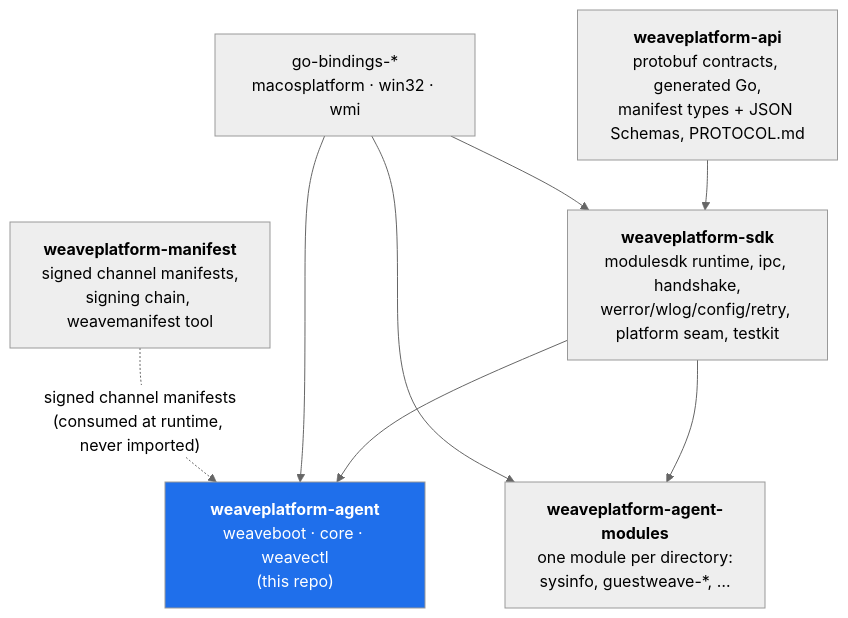
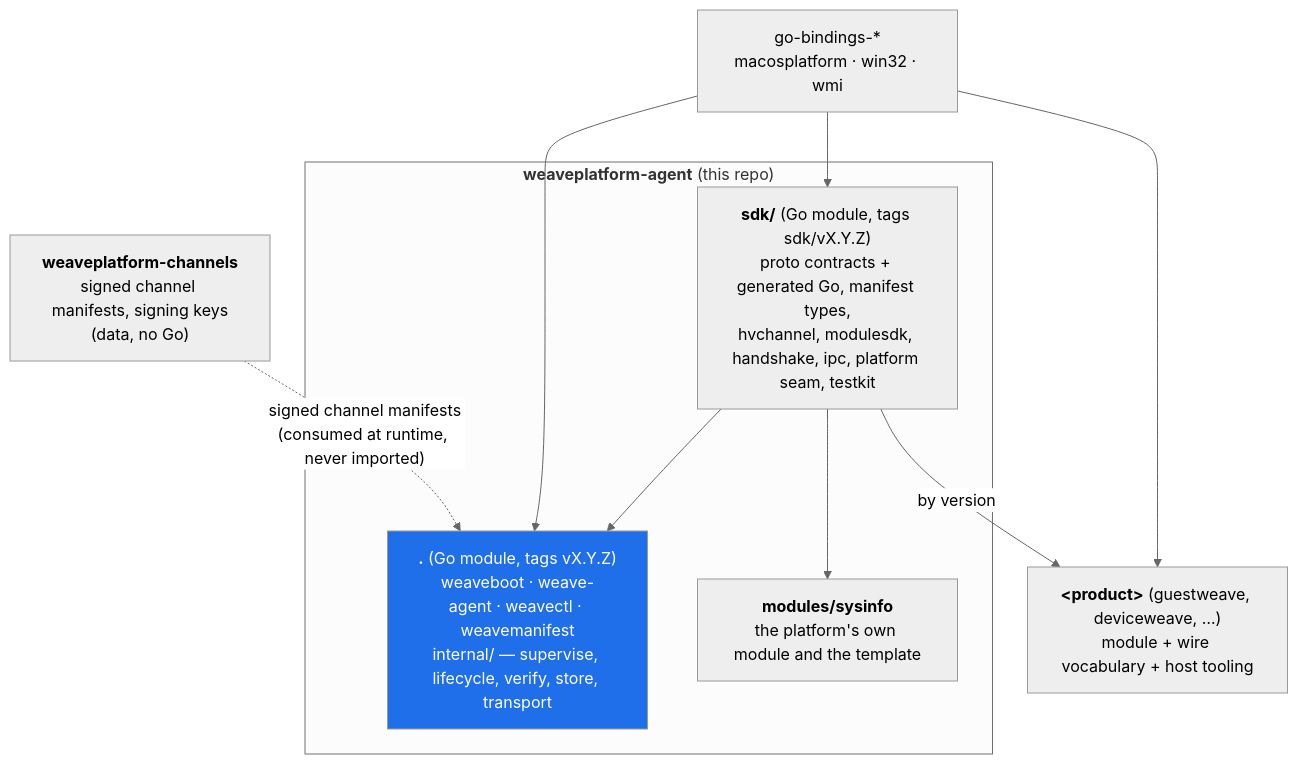
Before and after one commit to deploymenttheory/weaveplatform-agent-core: the first of 6 diagrams in docs/architecture.md, drawn with Mermaid (neutral theme). The commit also changed other lines of this file and 161 other files, not shown here.

First line of the commit message:
feat: absorb weaveplatform-sdk and weaveplatform-api as the nested sdk/ module

````diff
--- a/docs/architecture.md
+++ b/docs/architecture.md
@@ -12,19 +13,21 @@
 ```mermaid
 flowchart TD
-    api["<b>weaveplatform-api</b><br/>protobuf contracts, generated Go,<br/>manifest types + JSON Schemas, PROTOCOL.md"]
-    sdk["<b>weaveplatform-sdk</b><br/>modulesdk runtime, ipc, handshake,<br/>werror/wlog/config/retry, platform seam, testkit"]
-    agent["<b>weaveplatform-agent</b><br/>weaveboot · core · weavectl<br/>(this repo)"]
-    modules["<b>weaveplatform-agent-modules</b><br/>one module per directory:<br/>sysinfo, guestweave-*, …"]
-    manifest["<b>weaveplatform-manifest</b><br/>signed channel manifests,<br/>signing chain, weavemanifest tool"]
+    subgraph agent["<b>weaveplatform-agent</b> (this repo)"]
+        sdk["<b>sdk/</b> (Go module, tags sdk/vX.Y.Z)<br/>proto contracts + generated Go, manifest types,<br/>hvchannel, modulesdk, handshake, ipc, platform seam, testkit"]
+        core["<b>.</b> (Go module, tags vX.Y.Z)<br/>weaveboot · weave-agent · weavectl · weavemanifest<br/>internal/ — supervise, lifecycle, verify, store, transport"]
+        sysinfo["<b>modules/sysinfo</b><br/>the platform's own module and the template"]
+    end
+    product["<b>&lt;product&gt;</b> (guestweave, deviceweave, …)<br/>module + wire vocabulary + host tooling"]
+    channels["<b>weaveplatform-channels</b><br/>signed channel manifests, signing keys<br/>(data, no Go)"]
     bindings["go-bindings-*<br/>macosplatform · win32 · wmi"]
 
-    api --> sdk
-    sdk --> agent
-    sdk --> modules
+    sdk --> core
+    sdk --> sysinfo
+    sdk -->|"by version"| product
     bindings --> sdk
-    bindings --> agent
-    bindings --> modules
-    manifest -. "signed channel manifests<br/>(consumed at runtime, never imported)" .-> agent
+    bindings --> core
+    bindings --> product
+    channels -. "signed channel manifests<br/>(consumed at runtime, never imported)" .-> core
 
-    style agent fill:#1f6feb,color:#fff
+    style core fill:#1f6feb,color:#fff
 ```
````
